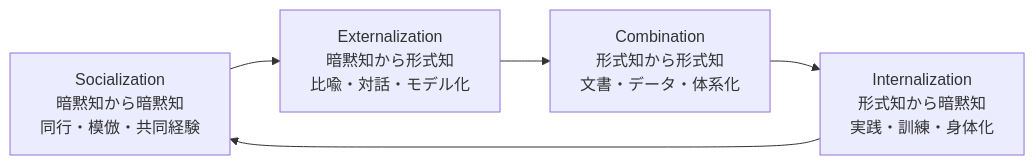
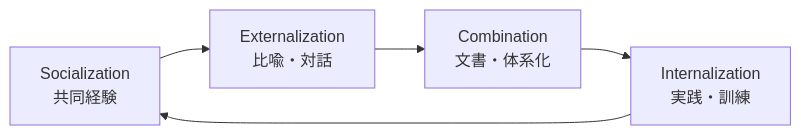
Before and after one commit to daylight55/research: the second of 3 diagrams in category/knowledge-systems/tacit-knowledge-business-theory/report.md, drawn with Mermaid. The commit also changed other lines of this file and 1 other file, not shown here.

Commit message:
暗黙知レポートのMermaid図を調整

````diff
--- a/category/knowledge-systems/tacit-knowledge-business-theory/report.md
+++ b/category/knowledge-systems/tacit-knowledge-business-theory/report.md
@@ -81,7 +81,7 @@
 ```mermaid
 flowchart LR
-  S["Socialization<br/>暗黙知から暗黙知<br/>同行・模倣・共同経験"] --> E["Externalization<br/>暗黙知から形式知<br/>比喩・対話・モデル化"]
-  E --> C["Combination<br/>形式知から形式知<br/>文書・データ・体系化"]
-  C --> I["Internalization<br/>形式知から暗黙知<br/>実践・訓練・身体化"]
+  S["Socialization<br/>共同経験"] --> E["Externalization<br/>比喩・対話"]
+  E --> C["Combination<br/>文書・体系化"]
+  C --> I["Internalization<br/>実践・訓練"]
   I --> S
 ```
````
